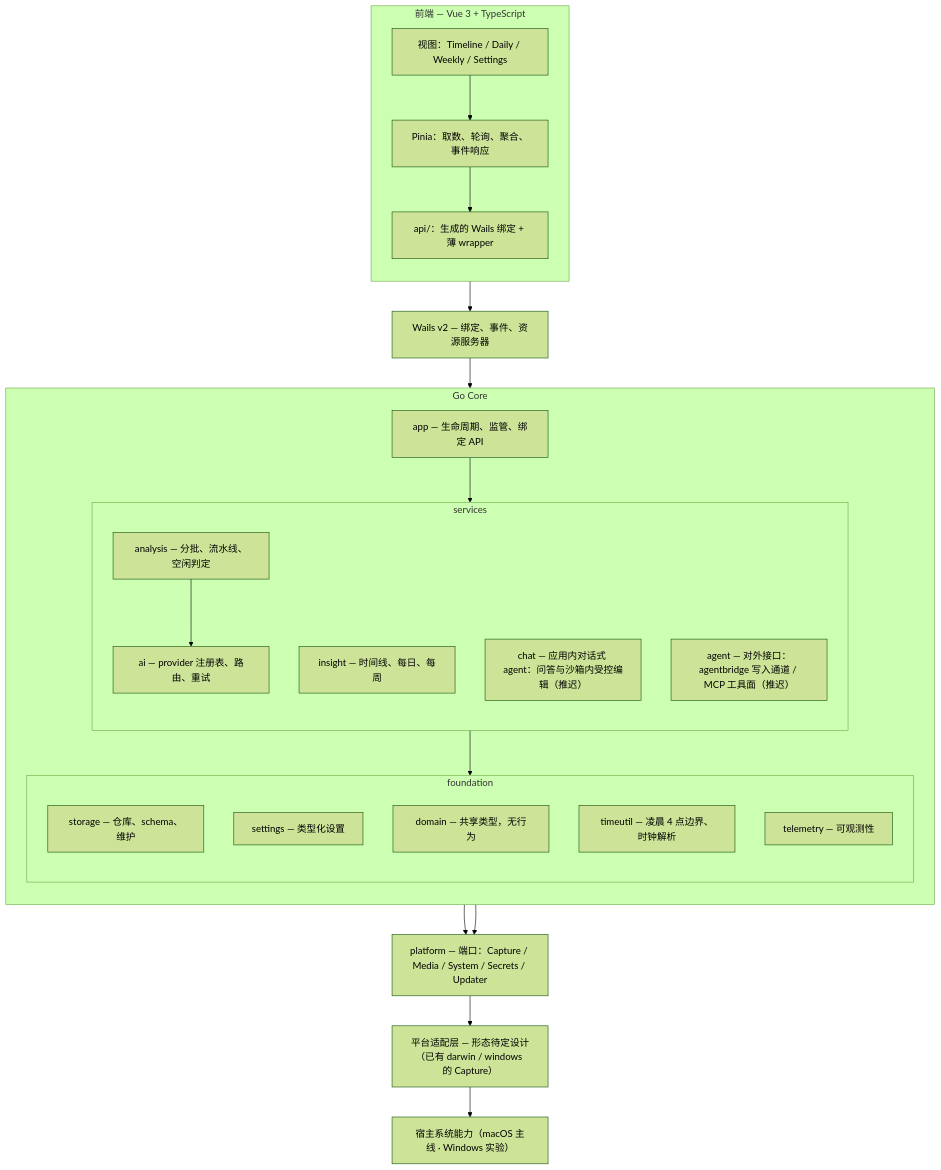
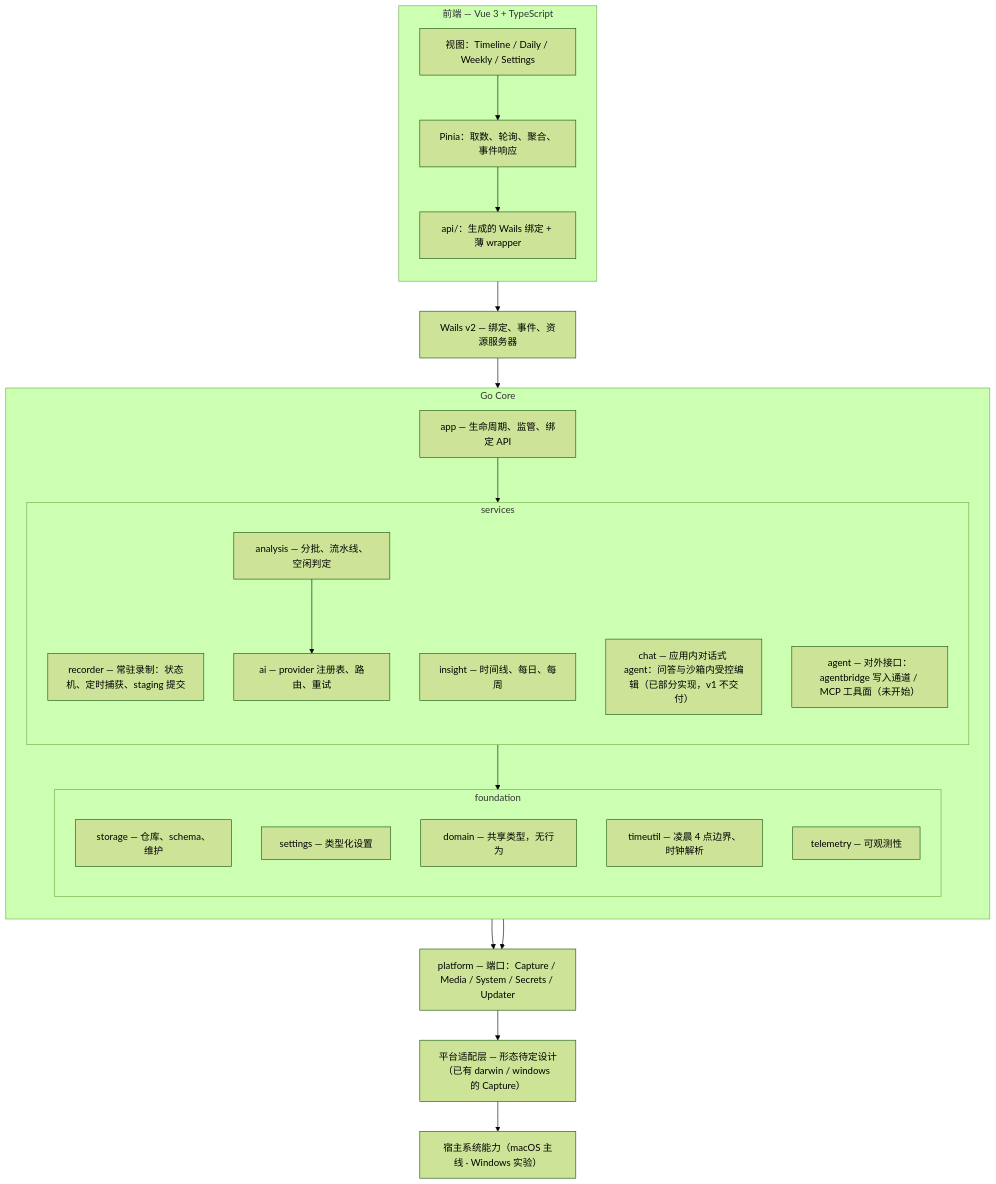
One commit to Jwz-git/Daygo changed the diagram in docs/02-architecture.md. Above: the diagram before and after it, drawn with Mermaid (forest theme). The commit also changed other lines of this file and 76 other files, not shown here.

````diff
--- a/docs/02-architecture.md
+++ b/docs/02-architecture.md
@@ -12,44 +12,45 @@
 ```mermaid
 flowchart TD
     subgraph FE["前端 — Vue 3 + TypeScript"]
         direction TB
         VIEWS["视图：Timeline / Daily / Weekly / Settings"]
         STORES["Pinia：取数、轮询、聚合、事件响应"]
         API["api/：生成的 Wails 绑定 + 薄 wrapper"]
     end
 
     WAILS["Wails v2 — 绑定、事件、资源服务器"]
 
     subgraph CORE["Go Core"]
         direction TB
         APPM["app — 生命周期、监管、绑定 API"]
         subgraph SVC["services"]
             direction TB
+            RECORDER["recorder — 常驻录制：状态机、定时捕获、staging 提交"]
             ANALYSIS["analysis — 分批、流水线、空闲判定"]
             AIM["ai — provider 注册表、路由、重试"]
             INSIGHT["insight — 时间线、每日、每周"]
-            CHAT["chat — 应用内对话式 agent：问答与沙箱内受控编辑（推迟）"]
-            AGENT["agent — 对外接口：agentbridge 写入通道 / MCP 工具面（推迟）"]
+            CHAT["chat — 应用内对话式 agent：问答与沙箱内受控编辑（已部分实现，v1 不交付）"]
+            AGENT["agent — 对外接口：agentbridge 写入通道 / MCP 工具面（未开始）"]
         end
         subgraph FOUND["foundation"]
             direction TB
             STORAGE["storage — 仓库、schema、维护"]
             SETTINGS["settings — 类型化设置"]
             DOMAIN["domain — 共享类型，无行为"]
             TIMEUTIL["timeutil — 凌晨 4 点边界、时钟解析"]
             TELEMETRY["telemetry — 可观测性"]
         end
     end
 
     PLATFORM["platform — 端口：Capture / Media / System / Secrets / Updater"]
     ADAPTER["平台适配层 — 形态待定设计（已有 darwin / windows 的 Capture）"]
     OS["宿主系统能力（macOS 主线 · Windows 实验）"]
 
     VIEWS --> STORES --> API --> WAILS --> APPM
     APPM --> SVC
     SVC --> FOUND
     ANALYSIS --> AIM
     SVC --> PLATFORM
     APPM --> PLATFORM
     PLATFORM --> ADAPTER --> OS
 ```
````
